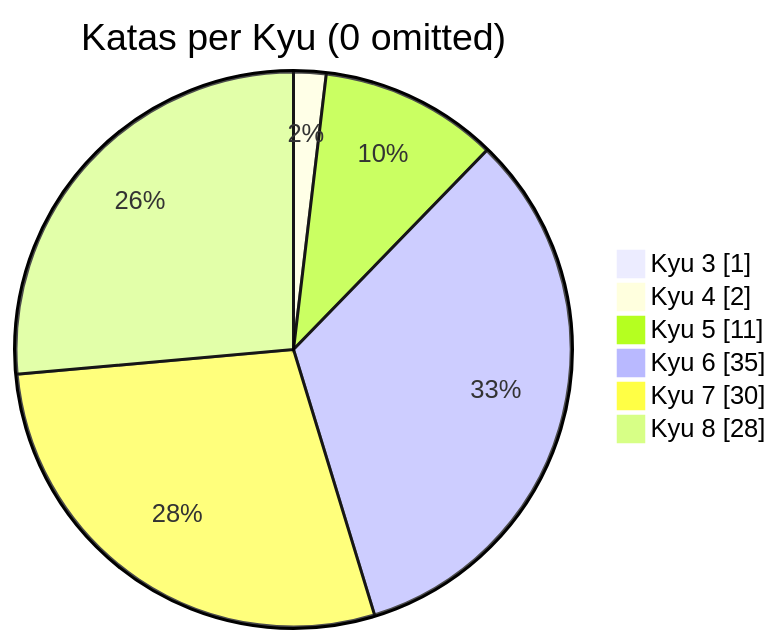
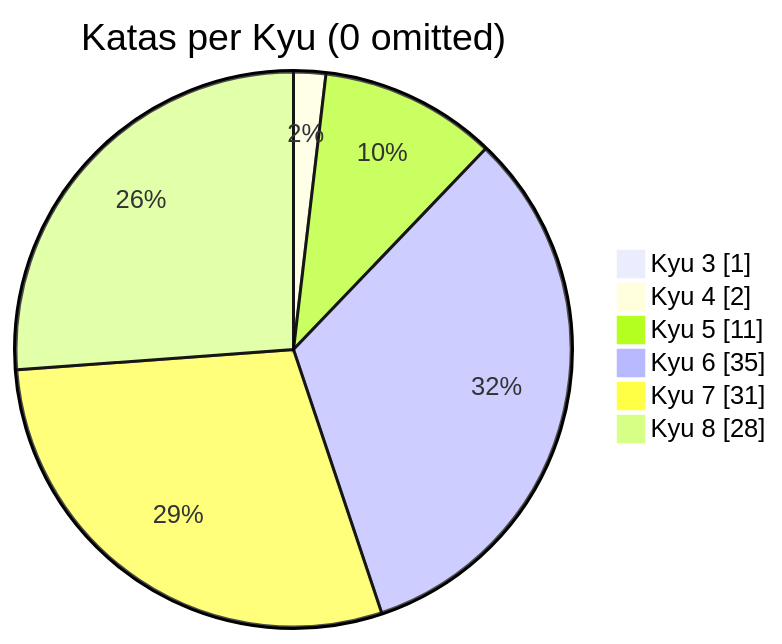
Before and after one commit to MauricioLudwig/codewars-typescript: the diagram in README.md, drawn with Mermaid. The commit also changed other lines of this file, not shown here.

````diff
--- a/README.md
+++ b/README.md
@@ -21,10 +21,10 @@
 ```mermaid
 pie showData
     title Katas per Kyu (0 omitted)
 	"Kyu 3": 1
 	"Kyu 4": 2
 	"Kyu 5": 11
 	"Kyu 6": 35
-	"Kyu 7": 30
+	"Kyu 7": 31
 	"Kyu 8": 28
 ```
````
